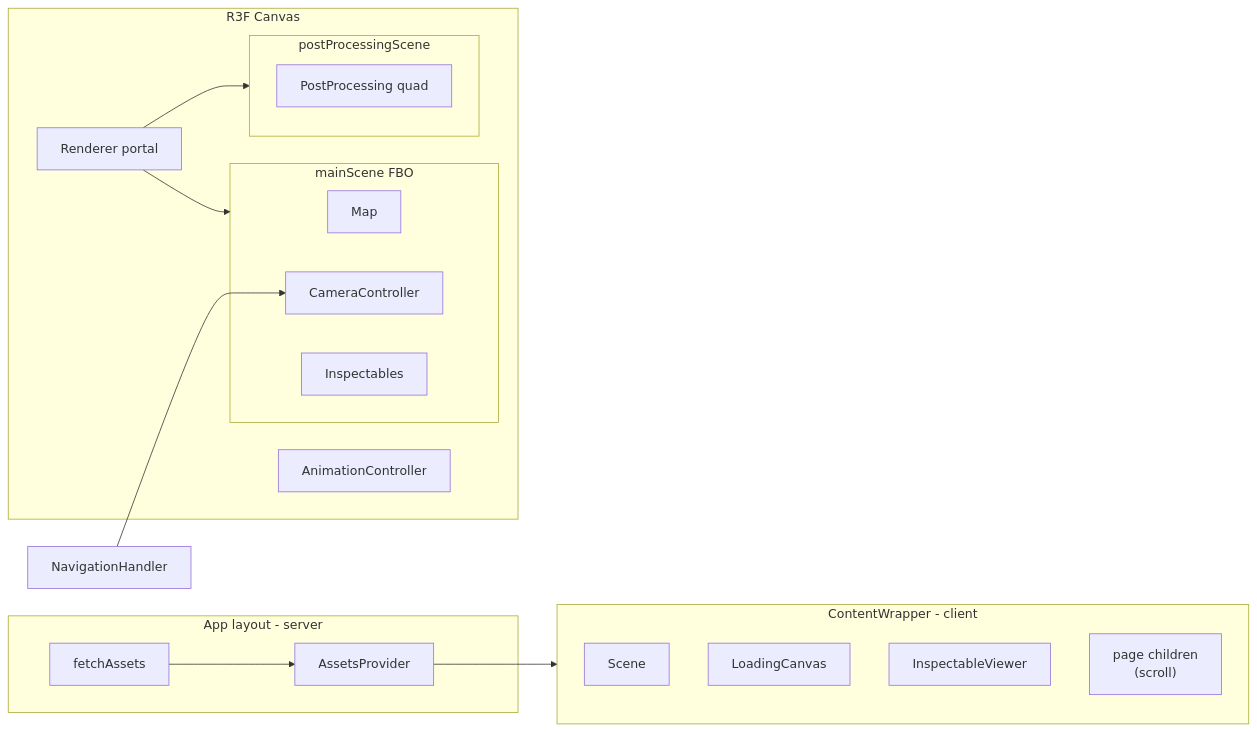
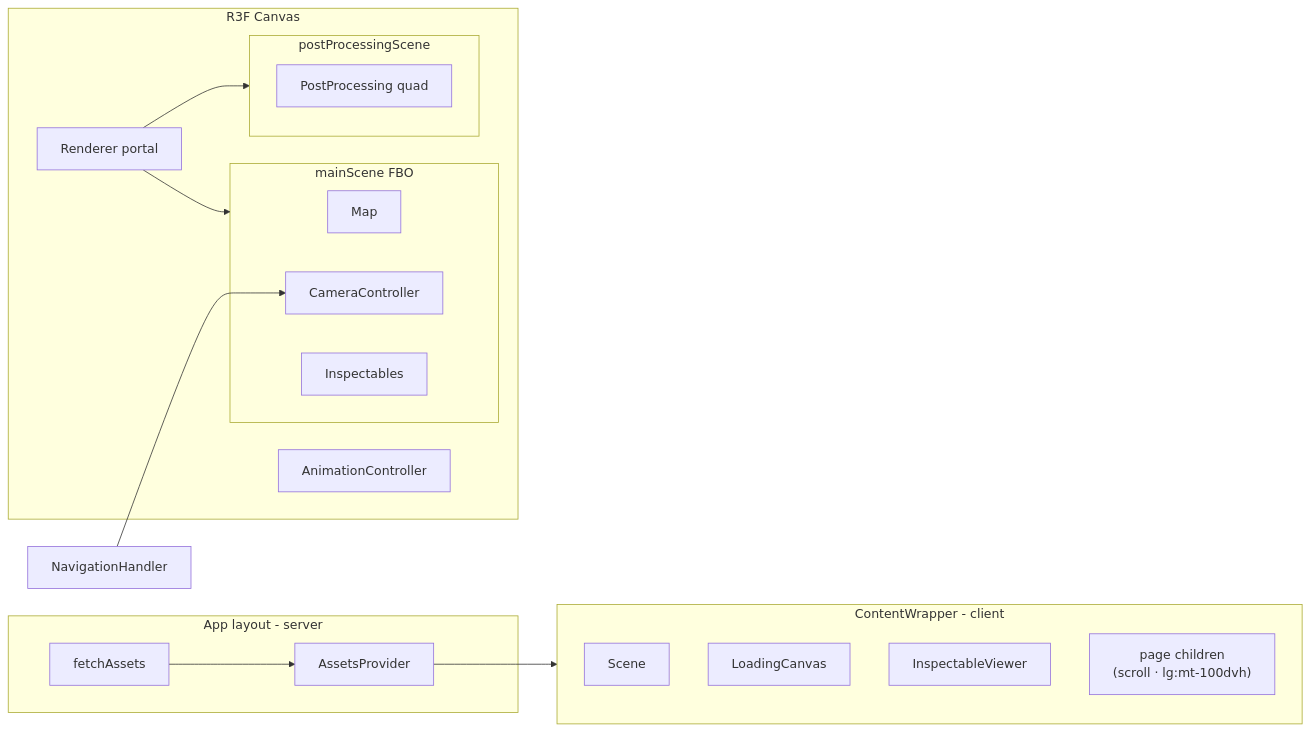
One commit to GithubAnant/skills changed the first of 2 diagrams in skills/responsive-3d-hero/references/architecture.md. Above: the diagram before and after it, drawn with Mermaid. The commit also changed other lines of this file and 3 other files, not shown here.

````diff
--- a/skills/responsive-3d-hero/references/architecture.md
+++ b/skills/responsive-3d-hero/references/architecture.md
@@ -7,31 +7,31 @@
 ```mermaid
 flowchart LR
   subgraph layout [App layout - server]
     fetchAssets --> AssetsProvider
   end
   subgraph shell [ContentWrapper - client]
     Scene
     LoadingCanvas
     InspectableViewer
-    children["page children\n(scroll)"]
+    children["page children\n(scroll · lg:mt-100dvh)"]
   end
   subgraph canvas [R3F Canvas]
     AC[AnimationController]
     R[Renderer portal]
     MAP[Map]
     CAM[CameraController]
     INS[Inspectables]
     subgraph mainScene [mainScene FBO]
       MAP
       CAM
       INS
     end
     subgraph postScene [postProcessingScene]
       PP[PostProcessing quad]
     end
     R --> mainScene
     R --> postScene
   end
   AssetsProvider --> shell
   NavigationHandler --> CAM
 ```
````
